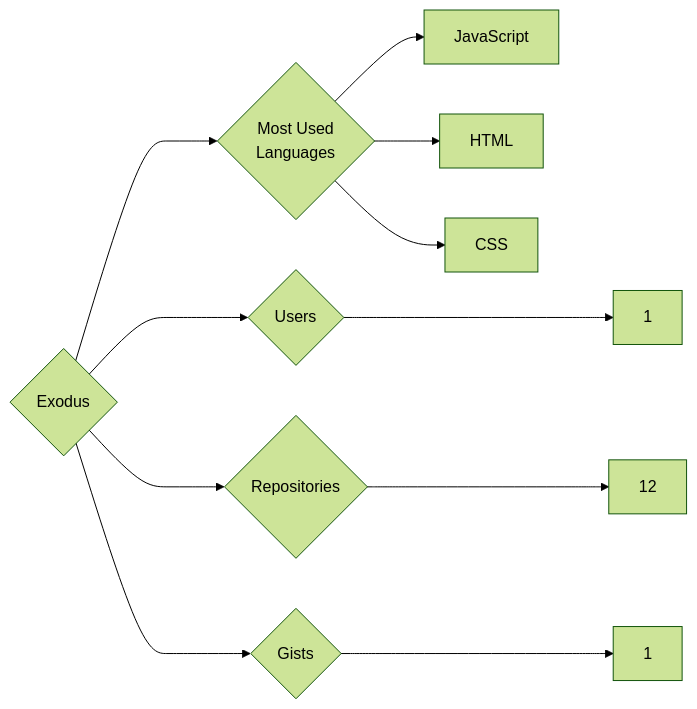
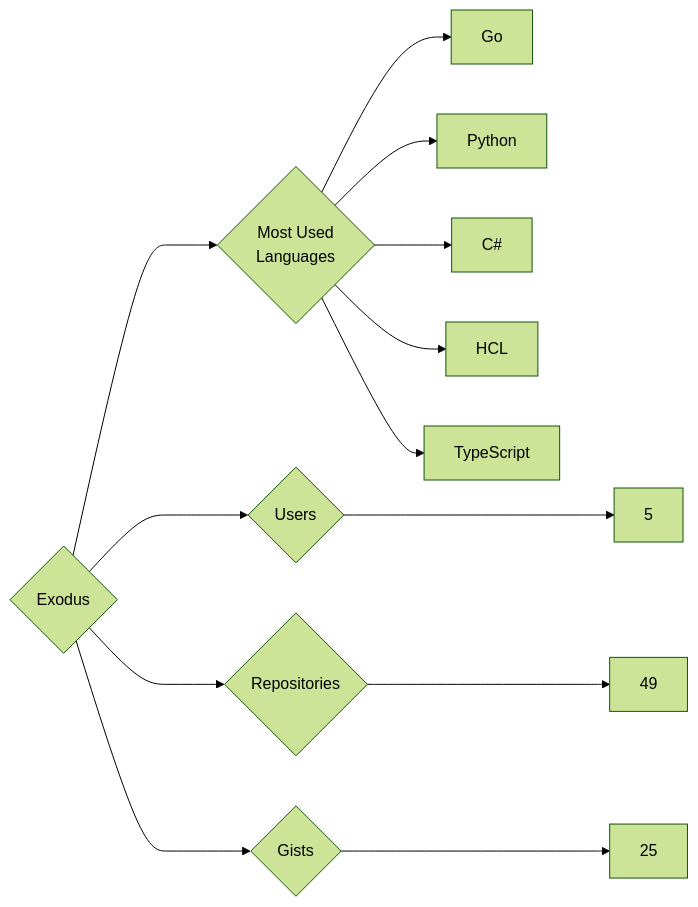
Before and after one commit to trickest/insiders: the diagram in targets/Exodus/README.md, drawn with Mermaid (forest theme). The commit also changed 938 other files, not shown here.

````diff
--- a/targets/Exodus/README.md
+++ b/targets/Exodus/README.md
@@ -3,11 +3,13 @@
 ```mermaid
 graph LR
 COMPANY_NAME{Exodus}
-COMPANY_NAME ---> U{Users} ---> UN[1]
-COMPANY_NAME ---> R{Repositories} ---> RN[12]
-COMPANY_NAME ---> G{Gists} ---> GN[1]
+COMPANY_NAME ---> U{Users} ---> UN[5]
+COMPANY_NAME ---> R{Repositories} ---> RN[49]
+COMPANY_NAME ---> G{Gists} ---> GN[25]
 COMPANY_NAME ---> ML{Most Used<br>Languages}
-ML --> JavaScript[JavaScript]
-ML --> HTML[HTML]
-ML --> CSS[CSS]
+ML --> Go[Go]
+ML --> Python[Python]
+ML --> C#[C#]
+ML --> HCL[HCL]
+ML --> TypeScript[TypeScript]
 ```
````
